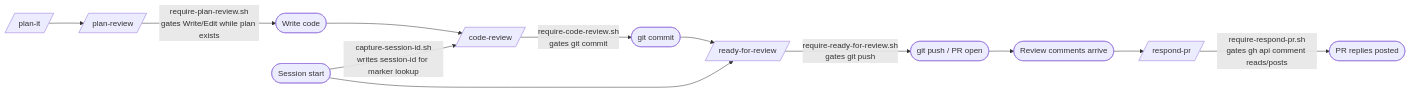
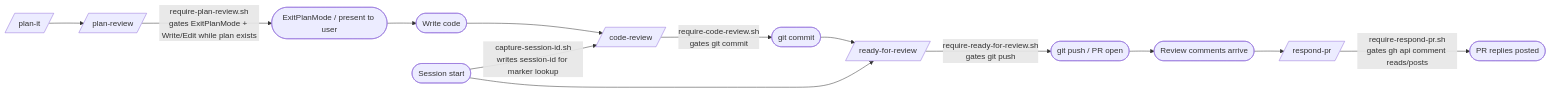
One commit to jcdendrite/claude-config changed the diagram in README.md. Above: the diagram before and after it, drawn with Mermaid. The commit also changed other lines of this file and 5 other files, not shown here.

````diff
--- a/README.md
+++ b/README.md
@@ -115,15 +115,16 @@
 ```mermaid
 flowchart LR
     A[/plan-it/] --> B[/plan-review/]
-    B -->|"require-plan-review.sh\ngates Write/Edit while plan exists"| C([Write code])
+    B -->|"require-plan-review.sh\ngates ExitPlanMode + Write/Edit while plan exists"| EPM([ExitPlanMode / present to user])
+    EPM --> C([Write code])
     C --> D[/code-review/]
     D -->|"require-code-review.sh\ngates git commit"| E([git commit])
     E --> F[/ready-for-review/]
     F -->|"require-ready-for-review.sh\ngates git push"| G([git push / PR open])
     G --> H([Review comments arrive])
     H --> I[/respond-pr/]
     I -->|"require-respond-pr.sh\ngates gh api comment reads/posts"| J([PR replies posted])
 
     K([Session start]) -->|"capture-session-id.sh\nwrites session-id for marker lookup"| D
     K --> F
 ```
````
